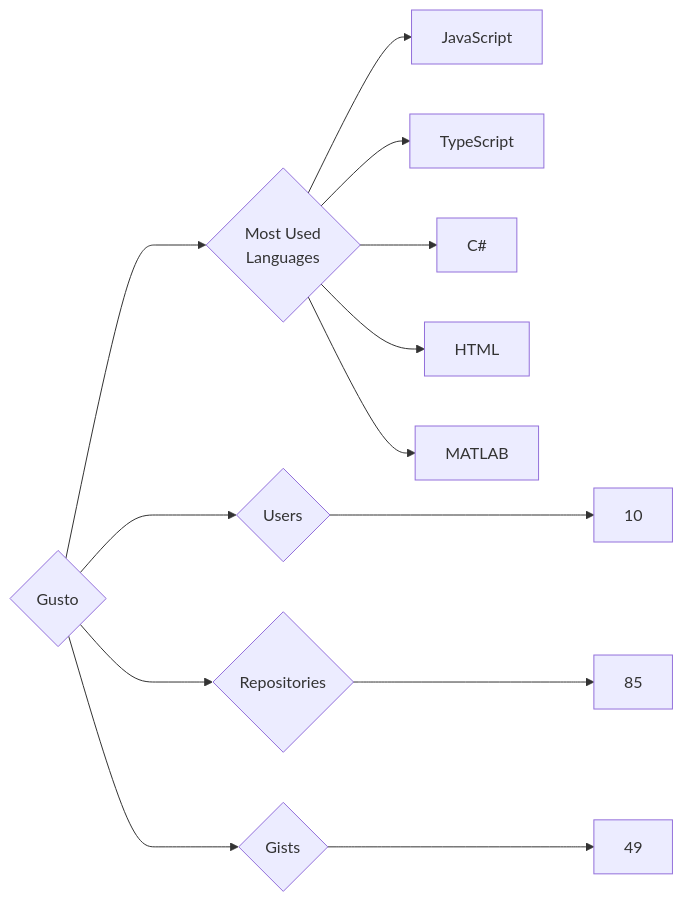
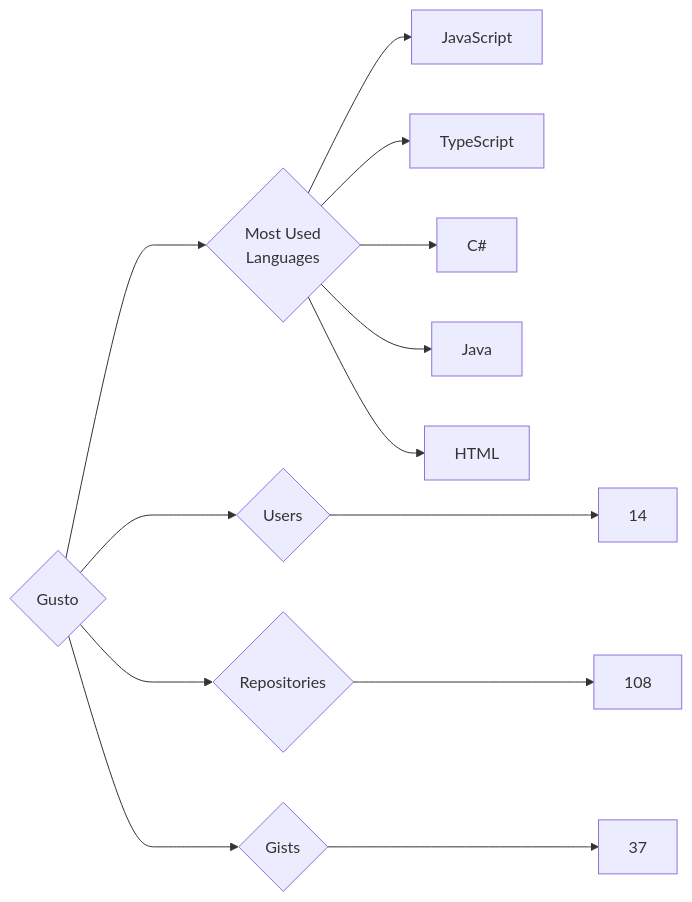
The diagram in targets/Gusto/README.md (trickest/insiders), drawn with Mermaid before and after one commit. The commit also changed 837 other files, not shown here.

````diff
--- a/targets/Gusto/README.md
+++ b/targets/Gusto/README.md
@@ -3,13 +3,13 @@
 ```mermaid
 graph LR
 COMPANY_NAME{Gusto}
-COMPANY_NAME ---> U{Users} ---> UN[10]
-COMPANY_NAME ---> R{Repositories} ---> RN[85]
-COMPANY_NAME ---> G{Gists} ---> GN[49]
+COMPANY_NAME ---> U{Users} ---> UN[14]
+COMPANY_NAME ---> R{Repositories} ---> RN[108]
+COMPANY_NAME ---> G{Gists} ---> GN[37]
 COMPANY_NAME ---> ML{Most Used<br>Languages}
 ML --> JavaScript[JavaScript]
 ML --> TypeScript[TypeScript]
 ML --> C#[C#]
+ML --> Java[Java]
 ML --> HTML[HTML]
-ML --> MATLAB[MATLAB]
 ```
````
